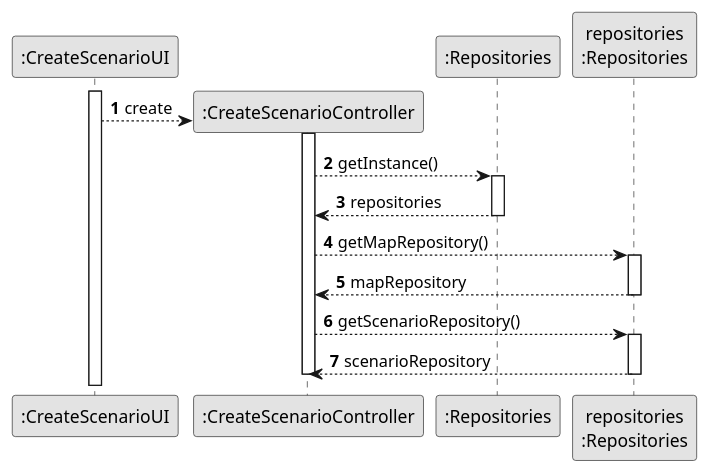
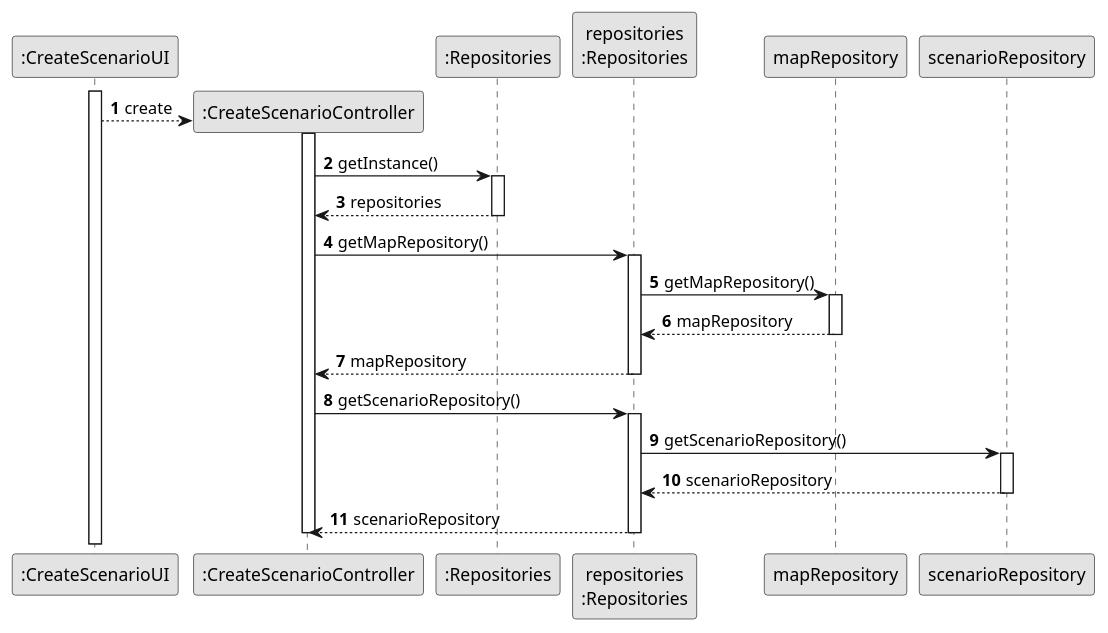
Before and after one commit to goncalolopesp/sem2-pi-24.25-g093-repo: the diagram in docs/system-documentation/US004/03.design/puml/US004-Partial-SD-repositories.puml, drawn with PlantUML. The commit also changed 5 other files, not shown here.

Commit message:
US004 (docs) - Updated partial sequence diagrams

```diff
--- a/docs/system-documentation/US004/03.design/puml/US004-Partial-SD-repositories.puml
+++ b/docs/system-documentation/US004/03.design/puml/US004-Partial-SD-repositories.puml
@@ -1,36 +1,48 @@
 @startuml
 skinparam monochrome true
 skinparam packageStyle rectangle
 skinparam shadowing false
 
 autonumber
 
 participant ":CreateScenarioUI" as CreateScenarioUI
 activate CreateScenarioUI
 
 create ":CreateScenarioController" as CreateScenarioController
 CreateScenarioUI --> CreateScenarioController : create
 activate CreateScenarioController
 
 participant ":Repositories" as Repositories
 participant "repositories\n:Repositories" as Repo
 
-CreateScenarioController --> Repositories : getInstance()
+CreateScenarioController -> Repositories : getInstance()
 activate Repositories
 
 Repositories --> CreateScenarioController : repositories
 deactivate Repositories
 
-CreateScenarioController --> Repo : getMapRepository()
+CreateScenarioController -> Repo : getMapRepository()
 activate Repo
+
+Repo -> mapRepository : getMapRepository()
+activate mapRepository
+
+mapRepository --> Repo : mapRepository
+deactivate mapRepository
 
 Repo --> CreateScenarioController : mapRepository
 deactivate Repo
 
-CreateScenarioController --> Repo : getScenarioRepository()
+CreateScenarioController -> Repo : getScenarioRepository()
 activate Repo
+
+Repo -> scenarioRepository : getScenarioRepository()
+activate scenarioRepository
+
+scenarioRepository --> Repo : scenarioRepository
+deactivate scenarioRepository
 
 Repo --> CreateScenarioController : scenarioRepository
 deactivate Repo
 deactivate CreateScenarioController
 @enduml
```
